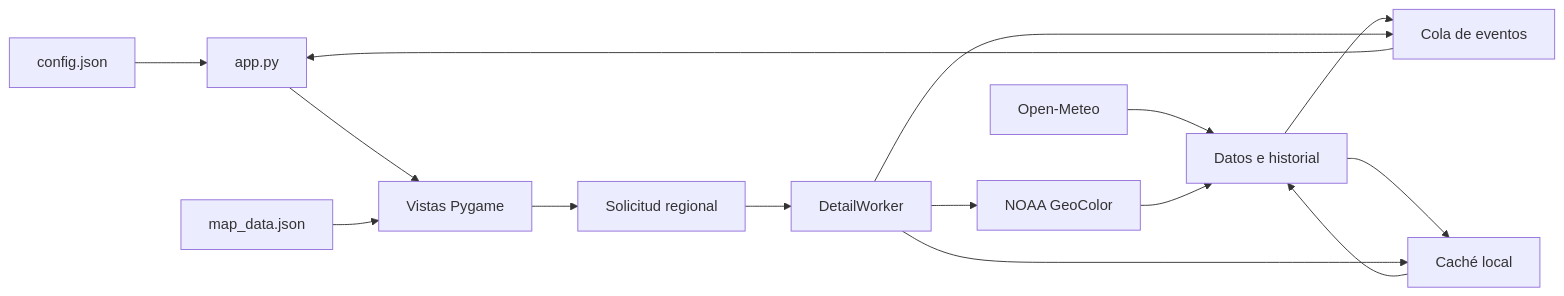
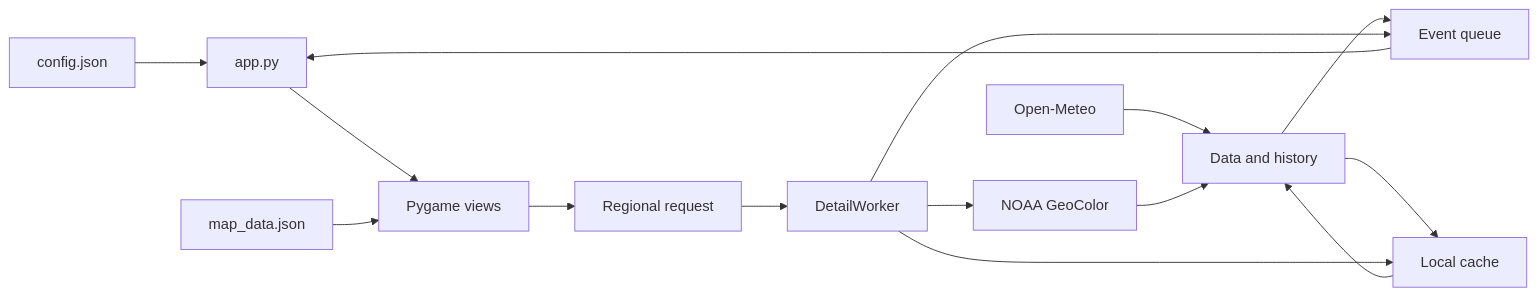
The diagram in docs/architecture.md (EI-Flores/pinexo), drawn with Mermaid before and after one commit. The commit also changed other lines of this file, not shown here.

Commit message:
docs(architecture): translate the architecture guide into English

````diff
--- a/docs/architecture.md
+++ b/docs/architecture.md
@@ -27,17 +27,17 @@
 ```mermaid
 flowchart LR
     Config[config.json] --> App[app.py]
-    Cache[Caché local] --> Data[Datos e historial]
+    Cache[Local cache] --> Data[Data and history]
     Weather[Open-Meteo] --> Data
     NOAA[NOAA GeoColor] --> Data
-    Data --> Queue[Cola de eventos]
+    Data --> Queue[Event queue]
     Queue --> App
-    App --> UI[Vistas Pygame]
-    UI --> Request[Solicitud regional]
+    App --> UI[Pygame views]
+    UI --> Request[Regional request]
     Request --> Worker[DetailWorker]
     Worker --> NOAA
     Worker --> Queue
     Data --> Cache
     Worker --> Cache
     Maps[map_data.json] --> UI
 ```
````
